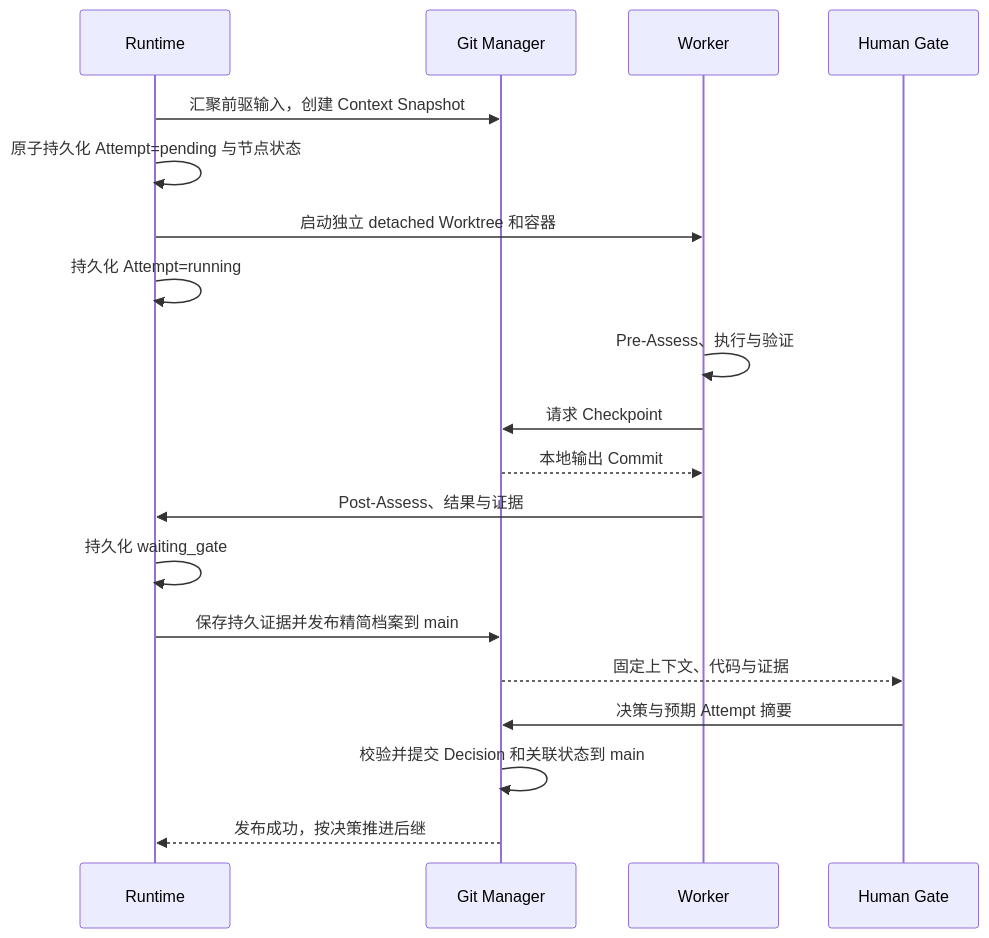
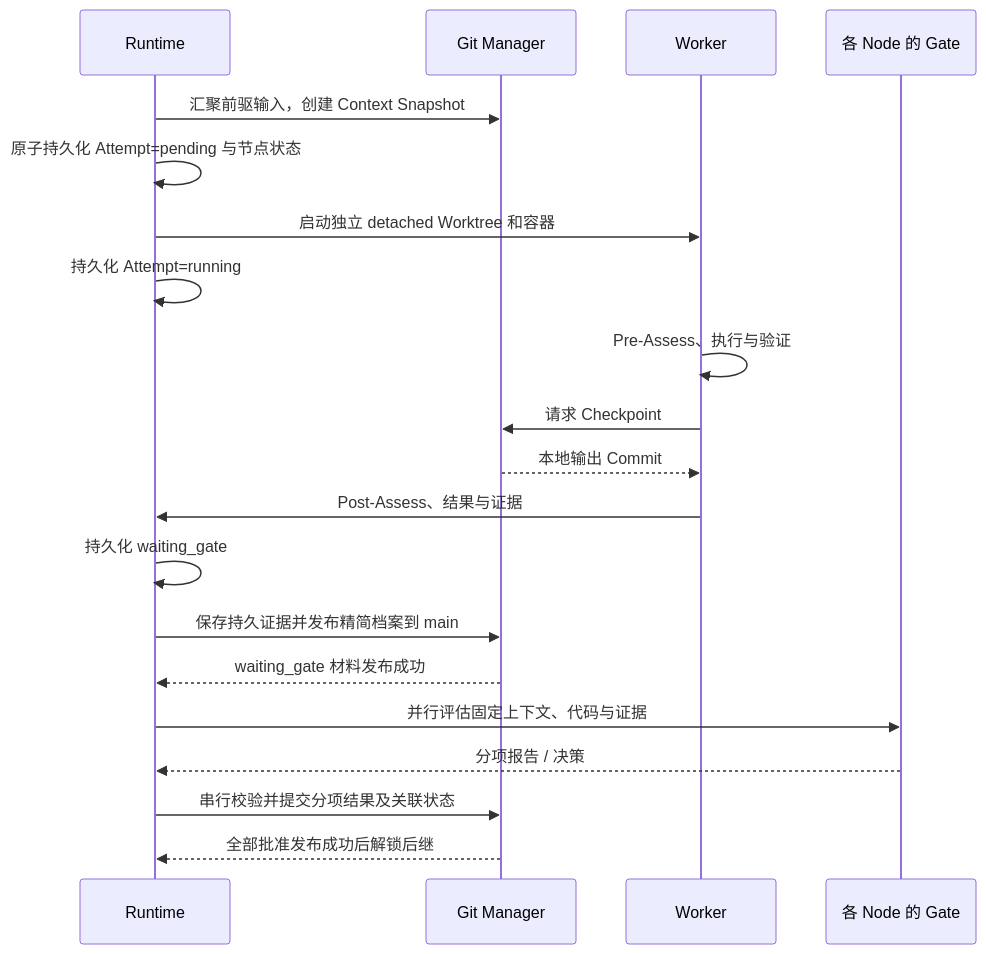
The diagram in design/04-execution.md (LingMessy/facetloom), drawn with Mermaid before and after one commit. The commit also changed other lines of this file and 10 other files, not shown here.

````diff
--- a/design/04-execution.md
+++ b/design/04-execution.md
@@ -7,21 +7,22 @@
 ```mermaid
 sequenceDiagram
     participant RT as Runtime
     participant GM as Git Manager
     participant W as Worker
-    participant H as Human Gate
+    participant G as 各 Node 的 Gate
     RT->>GM: 汇聚前驱输入，创建 Context Snapshot
     RT->>RT: 原子持久化 Attempt=pending 与节点状态
     RT->>W: 启动独立 detached Worktree 和容器
     RT->>RT: 持久化 Attempt=running
     W->>W: Pre-Assess、执行与验证
     W->>GM: 请求 Checkpoint
     GM-->>W: 本地输出 Commit
     W->>RT: Post-Assess、结果与证据
     RT->>RT: 持久化 waiting_gate
     RT->>GM: 保存持久证据并发布精简档案到 main
-    GM-->>H: 固定上下文、代码与证据
-    H->>GM: 决策与预期 Attempt 摘要
-    GM->>GM: 校验并提交 Decision 和关联状态到 main
-    GM-->>RT: 发布成功，按决策推进后继
+    GM-->>RT: waiting_gate 材料发布成功
+    RT->>G: 并行评估固定上下文、代码与证据
+    G-->>RT: 分项报告 / 决策
+    RT->>GM: 串行校验并提交分项结果及关联状态
+    GM-->>RT: 全部批准发布成功后解锁后继
 ```
````
